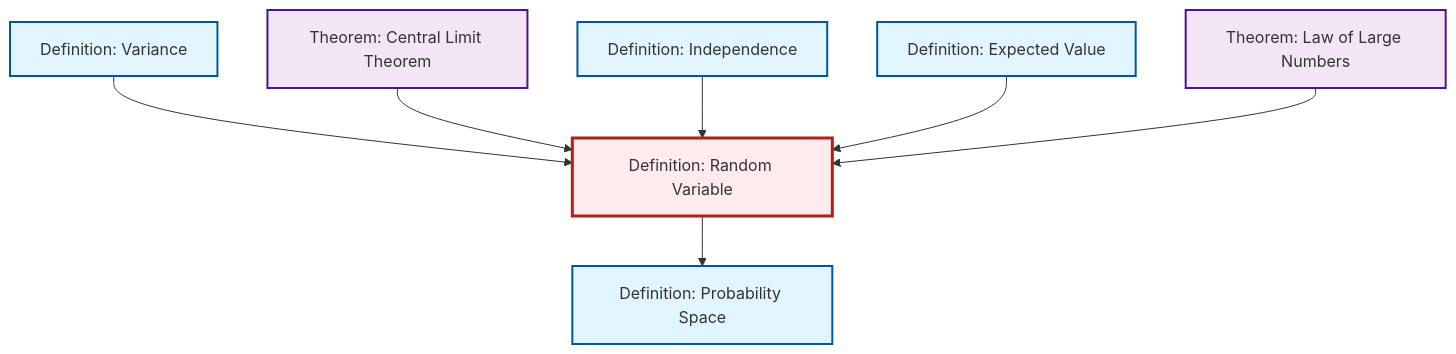
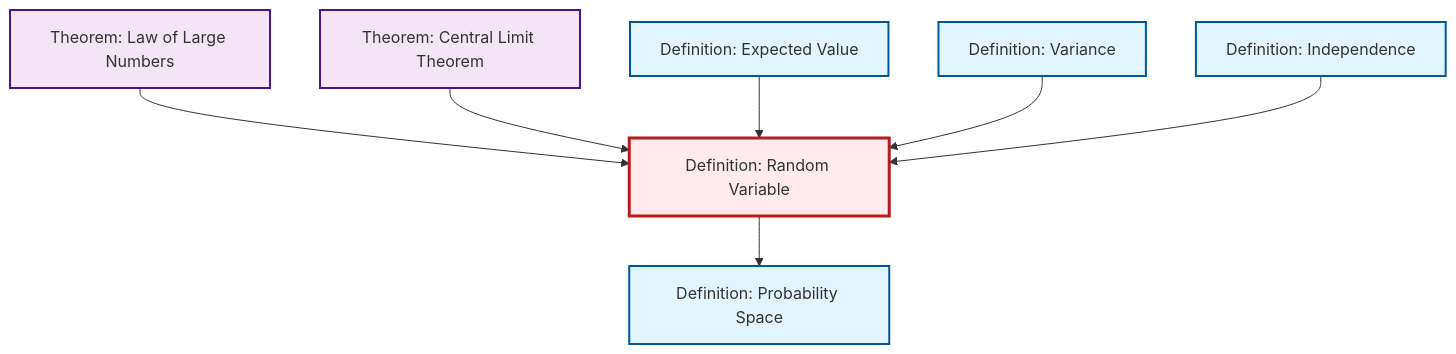
Before and after one commit to RK0429/ModernMath: the diagram in content/ja/probability-statistics/def-random-variable.qmd, drawn with Mermaid. The commit also changed other lines of this file and 531 other files, not shown here.

````diff
--- a/content/ja/probability-statistics/def-random-variable.qmd
+++ b/content/ja/probability-statistics/def-random-variable.qmd
@@ -48,29 +48,29 @@
 ```{mermaid}
 %%| fig-cap: "Local dependency graph"
 graph TD
     classDef definition fill:#e1f5fe,stroke:#01579b,stroke-width:2px
     classDef theorem fill:#f3e5f5,stroke:#4a148c,stroke-width:2px
     classDef axiom fill:#fff3e0,stroke:#e65100,stroke-width:2px
     classDef example fill:#e8f5e9,stroke:#1b5e20,stroke-width:2px
     classDef current fill:#ffebee,stroke:#b71c1c,stroke-width:3px
     def-random-variable["Definition: Random Variable"]:::definition
-    def-variance["Definition: Variance"]:::definition
-    thm-central-limit["Theorem: Central Limit Theorem"]:::theorem
     def-expectation["Definition: Expected Value"]:::definition
     thm-law-of-large-numbers["Theorem: Law of Large Numbers"]:::theorem
+    def-probability-space["Definition: Probability Space"]:::definition
     def-independence["Definition: Independence"]:::definition
-    def-probability-space["Definition: Probability Space"]:::definition
+    thm-central-limit["Theorem: Central Limit Theorem"]:::theorem
+    def-variance["Definition: Variance"]:::definition
+    thm-law-of-large-numbers --> def-random-variable
+    thm-central-limit --> def-random-variable
+    def-random-variable --> def-probability-space
+    def-expectation --> def-random-variable
     def-variance --> def-random-variable
-    thm-central-limit --> def-random-variable
     def-independence --> def-random-variable
-    def-expectation --> def-random-variable
-    def-random-variable --> def-probability-space
-    thm-law-of-large-numbers --> def-random-variable
     class def-random-variable current
-    click def-variance "def-variance.html" "Definition: Varianceへ"
-    click thm-central-limit "thm-central-limit.html" "Theorem: Central Limit Theoremへ"
     click def-expectation "def-expectation.html" "Definition: Expected Valueへ"
     click thm-law-of-large-numbers "thm-law-of-large-numbers.html" "Theorem: Law of Large Numbersへ"
+    click def-probability-space "def-probability-space.html" "Definition: Probability Spaceへ"
     click def-independence "def-independence.html" "Definition: Independenceへ"
-    click def-probability-space "def-probability-space.html" "Definition: Probability Spaceへ"
+    click thm-central-limit "thm-central-limit.html" "Theorem: Central Limit Theoremへ"
+    click def-variance "def-variance.html" "Definition: Varianceへ"
 ```
````
